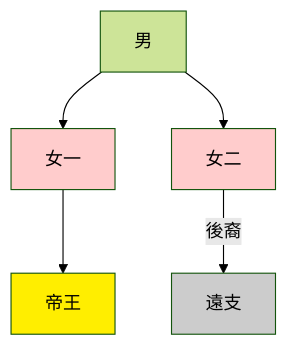
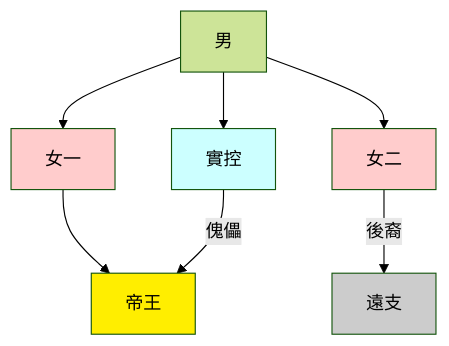
Before and after one commit to gamefang/zizhitongjian: the diagram in template/mermaid_template.md, drawn with Mermaid (forest theme). The commit also changed 12 other files, not shown here.

Commit message:
更新至卷78節3，添加三國世系圖

````diff
--- a/template/mermaid_template.md
+++ b/template/mermaid_template.md
@@ -1,17 +1,22 @@
 ```mermaid
 graph TB
 
 男-->女一
 男-->女二
 女一-->帝王
 女二--後裔-->遠支
+男-->實控
+實控--傀儡-->帝王
 
 classDef female fill:#ffcccc
 class 女一,女二 female
 
 classDef king fill:#ffee00
 class 帝王 king
 
 classDef far fill:#cccccc
 class 遠支 far
+
+classDef control fill:#ccffff
+class 實控 control
 ```
````
